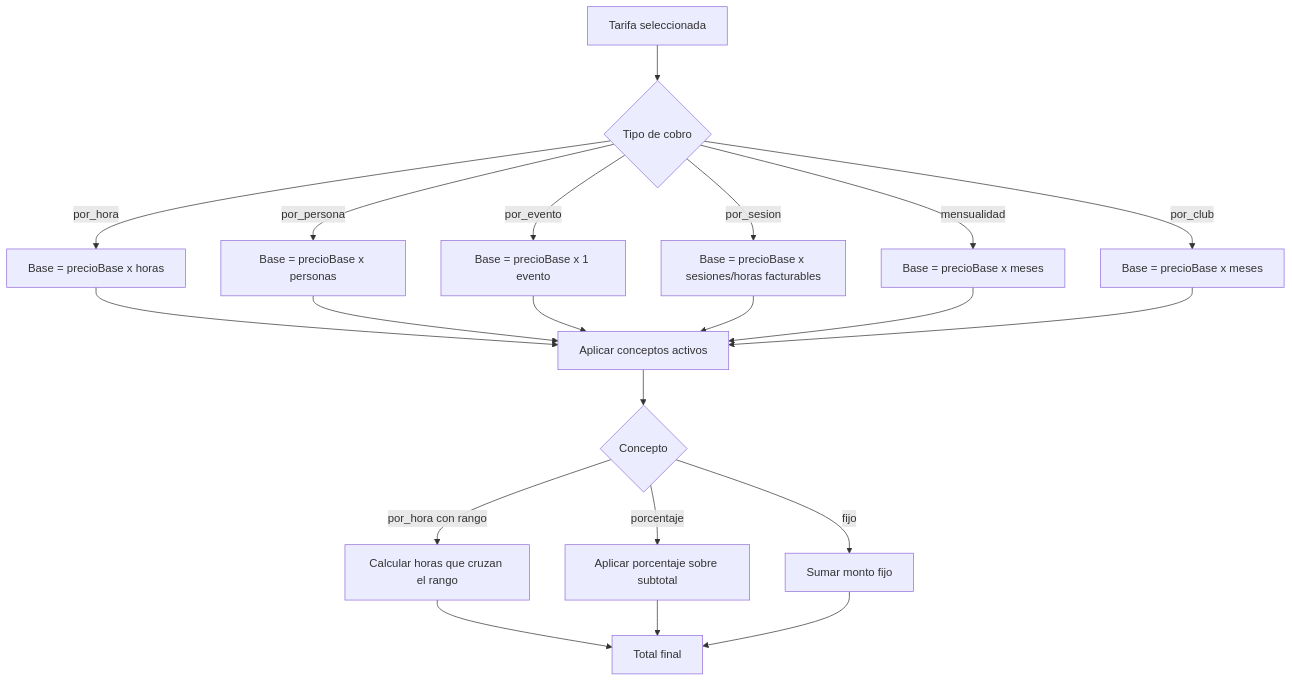
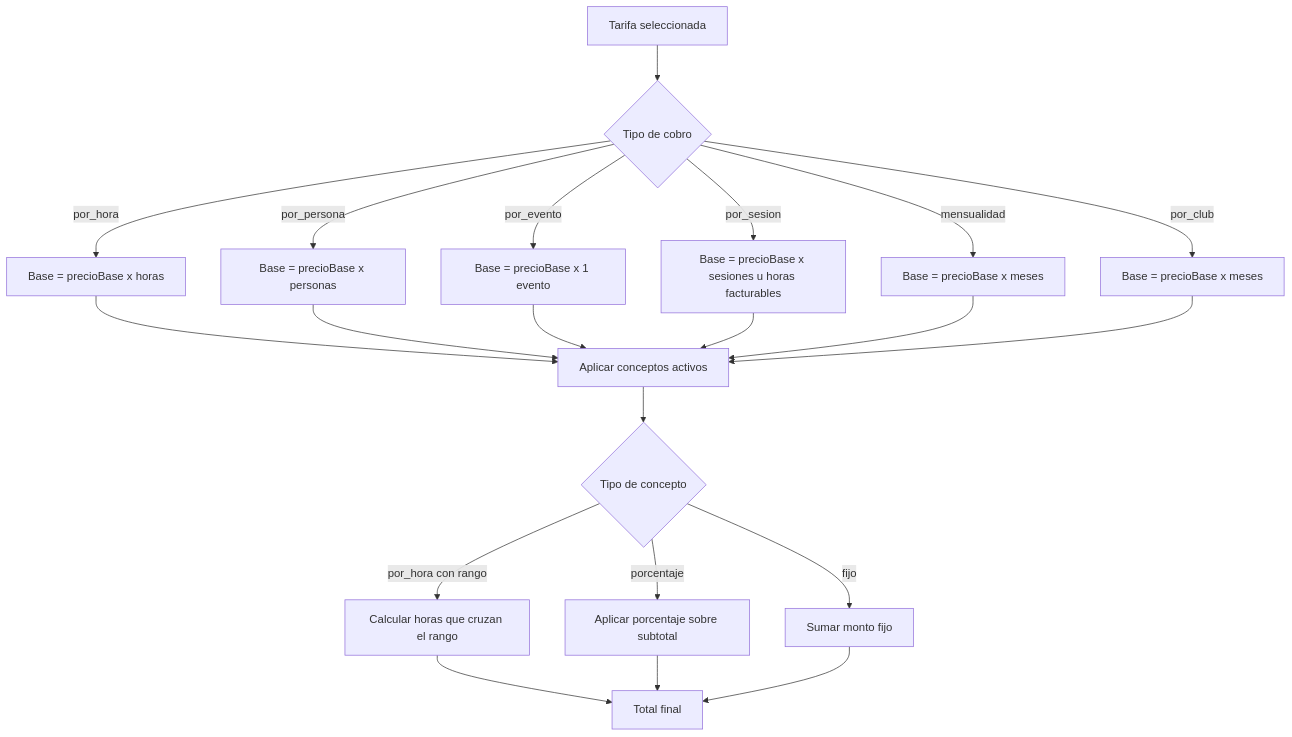
Before and after one commit to FabyMS25/deportes-fe: the fourth of 4 diagrams in docs/booking-flow.md, drawn with Mermaid. The commit also changed other lines of this file and 40 other files, not shown here.

````diff
--- a/docs/booking-flow.md
+++ b/docs/booking-flow.md
@@ -48,27 +221,27 @@
 ```mermaid
 flowchart TD
   A[Tarifa seleccionada] --> B{Tipo de cobro}
 
   B -->|por_hora| C[Base = precioBase x horas]
   B -->|por_persona| D[Base = precioBase x personas]
   B -->|por_evento| E[Base = precioBase x 1 evento]
-  B -->|por_sesion| F[Base = precioBase x sesiones/horas facturables]
+  B -->|por_sesion| F[Base = precioBase x sesiones u horas facturables]
   B -->|mensualidad| G[Base = precioBase x meses]
   B -->|por_club| H[Base = precioBase x meses]
 
   C --> I[Aplicar conceptos activos]
   D --> I
   E --> I
   F --> I
   G --> I
   H --> I
 
-  I --> J{Concepto}
+  I --> J{Tipo de concepto}
   J -->|por_hora con rango| K[Calcular horas que cruzan el rango]
   J -->|porcentaje| L[Aplicar porcentaje sobre subtotal]
   J -->|fijo| M[Sumar monto fijo]
 
   K --> N[Total final]
   L --> N
   M --> N
 ```
````
